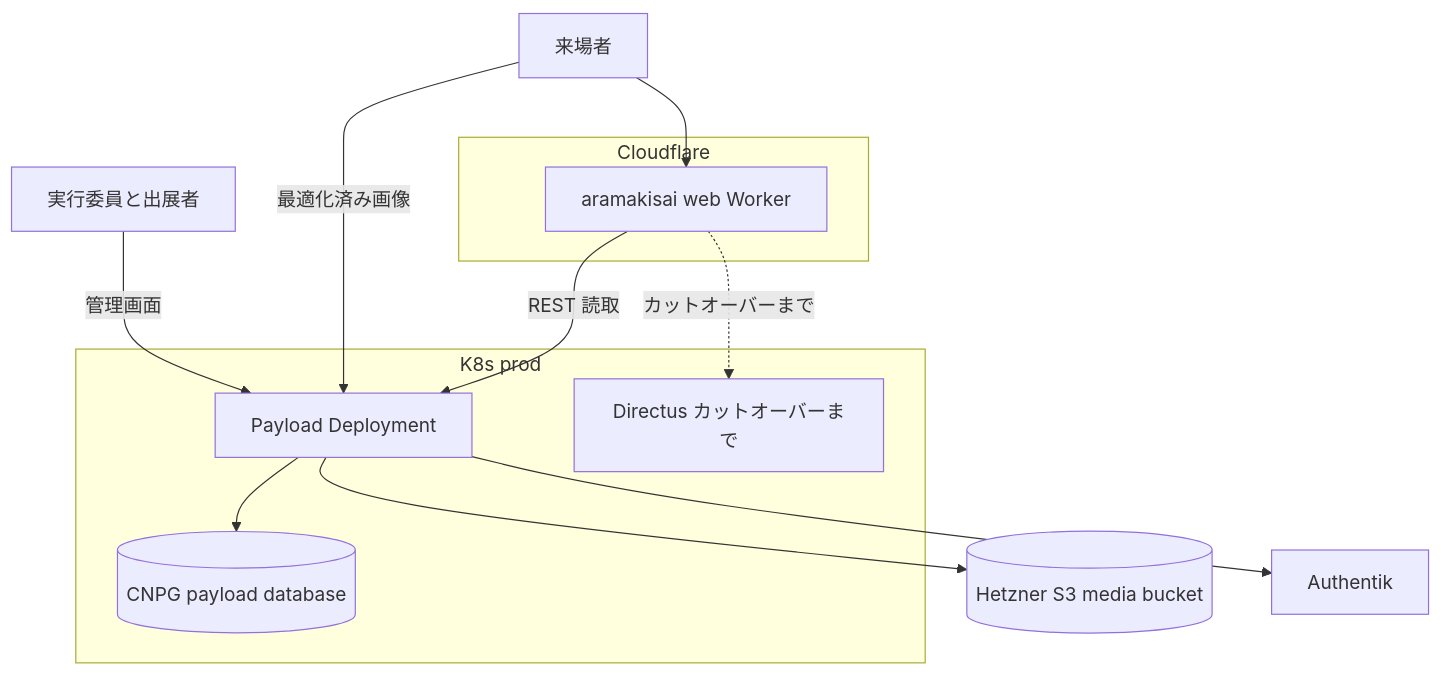
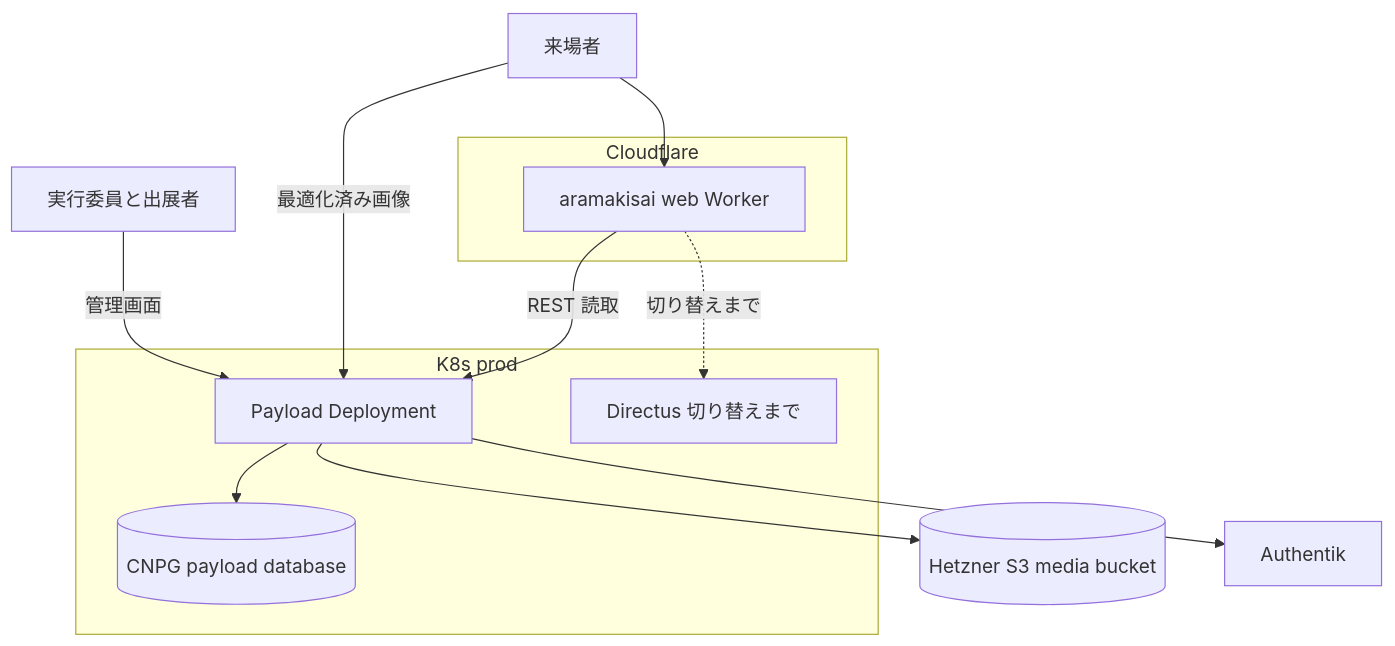
The first of 4 diagrams in .kiro/specs/payload-cms-migration/design.md (aramakisai/aramakisai-web), drawn with Mermaid before and after one commit. The commit also changed other lines of this file and 113 other files, not shown here.

````diff
--- a/.kiro/specs/payload-cms-migration/design.md
+++ b/.kiro/specs/payload-cms-migration/design.md
@@ -111,24 +125,24 @@
 ```mermaid
 graph TB
     subgraph Cloudflare
         FE[aramakisai web Worker]
     end
     subgraph K8s prod
         CMS[Payload Deployment]
         PG[(CNPG payload database)]
-        DIRECTUS[Directus カットオーバーまで]
+        DIRECTUS[Directus 切り替えまで]
     end
     S3[(Hetzner S3 media bucket)]
     IDP[Authentik]
     Visitor[来場者]
     Editor[実行委員と出展者]
 
     Visitor --> FE
     FE -->|REST 読取| CMS
     Visitor -->|最適化済み画像| CMS
     Editor -->|管理画面| CMS
     CMS --> PG
     CMS --> S3
     CMS --> IDP
-    FE -.カットオーバーまで.-> DIRECTUS
+    FE -.切り替えまで.-> DIRECTUS
 ```
````
